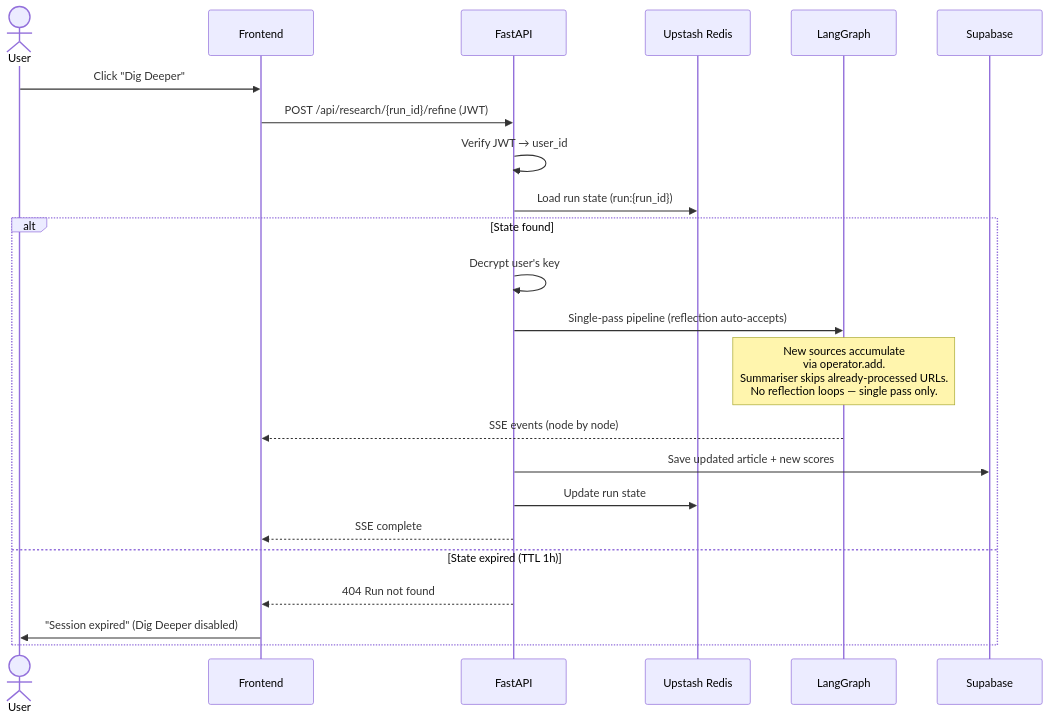
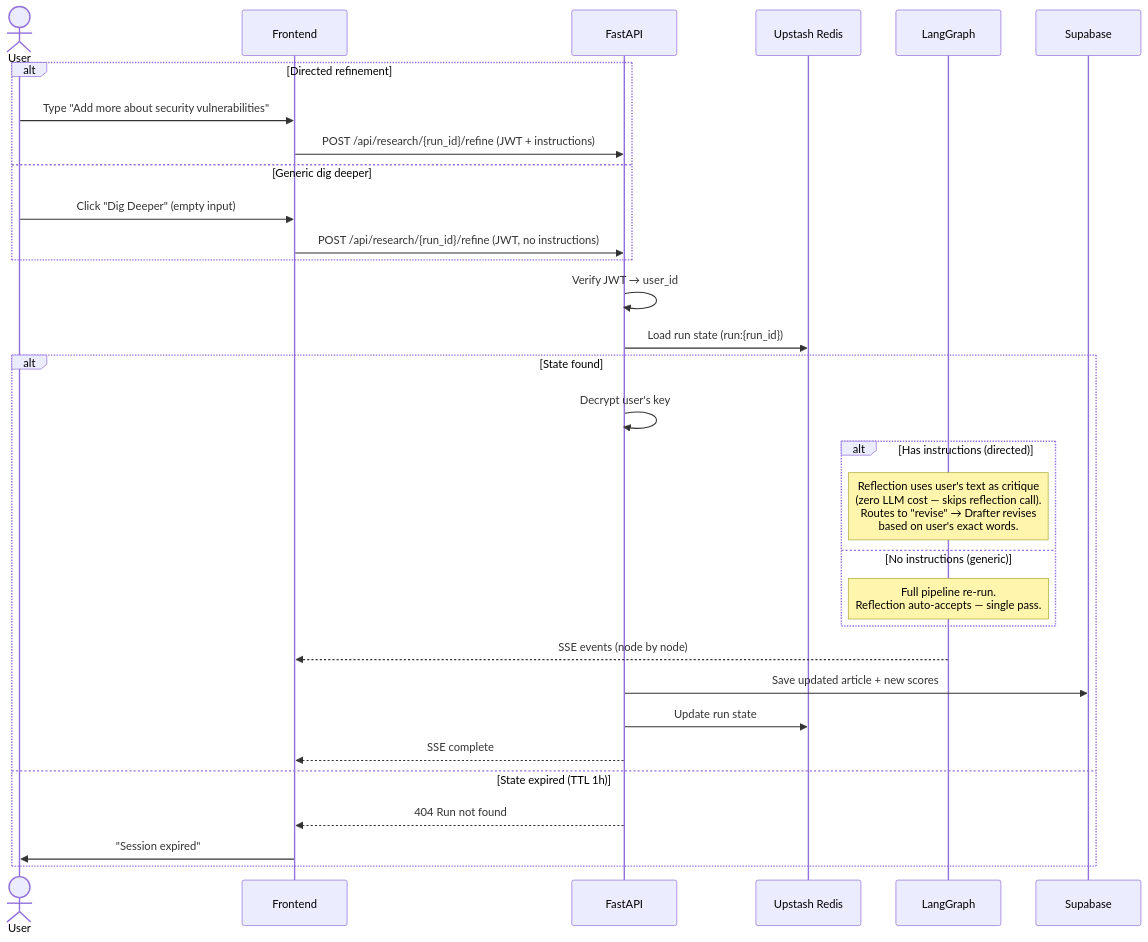
One commit to valyndsilva/lumen changed the sixth of 8 diagrams in README.md. Above: the diagram before and after it, drawn with Mermaid. The commit also changed other lines of this file and 2 other files, not shown here.

````diff
--- a/README.md
+++ b/README.md
@@ -509,30 +582,38 @@
 ```mermaid
 sequenceDiagram
     actor User
     participant FE as Frontend
     participant API as FastAPI
     participant Redis as Upstash Redis
     participant Graph as LangGraph
     participant DB as Supabase
 
-    User->>FE: Click "Dig Deeper"
-    FE->>API: POST /api/research/{run_id}/refine (JWT)
+    alt Directed refinement
+        User->>FE: Type "Add more about security vulnerabilities"
+        FE->>API: POST /api/research/{run_id}/refine (JWT + instructions)
+    else Generic dig deeper
+        User->>FE: Click "Dig Deeper" (empty input)
+        FE->>API: POST /api/research/{run_id}/refine (JWT, no instructions)
+    end
 
     API->>API: Verify JWT → user_id
     API->>Redis: Load run state (run:{run_id})
 
     alt State found
         API->>API: Decrypt user's key
-        API->>Graph: Single-pass pipeline (reflection auto-accepts)
 
-        Note over Graph: New sources accumulate<br/>via operator.add.<br/>Summariser skips already-processed URLs.<br/>No reflection loops — single pass only.
+        alt Has instructions (directed)
+            Note over Graph: Reflection uses user's text as critique<br/>(zero LLM cost — skips reflection call).<br/>Routes to "revise" → Drafter revises<br/>based on user's exact words.
+        else No instructions (generic)
+            Note over Graph: Full pipeline re-run.<br/>Reflection auto-accepts — single pass.
+        end
 
         Graph-->>FE: SSE events (node by node)
         API->>DB: Save updated article + new scores
         API->>Redis: Update run state
         API-->>FE: SSE complete
     else State expired (TTL 1h)
         API-->>FE: 404 Run not found
-        FE->>User: "Session expired" (Dig Deeper disabled)
+        FE->>User: "Session expired"
     end
 ```
````
